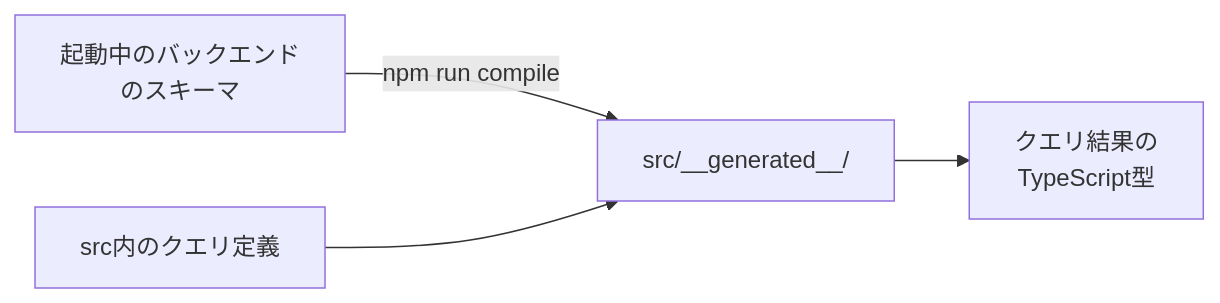
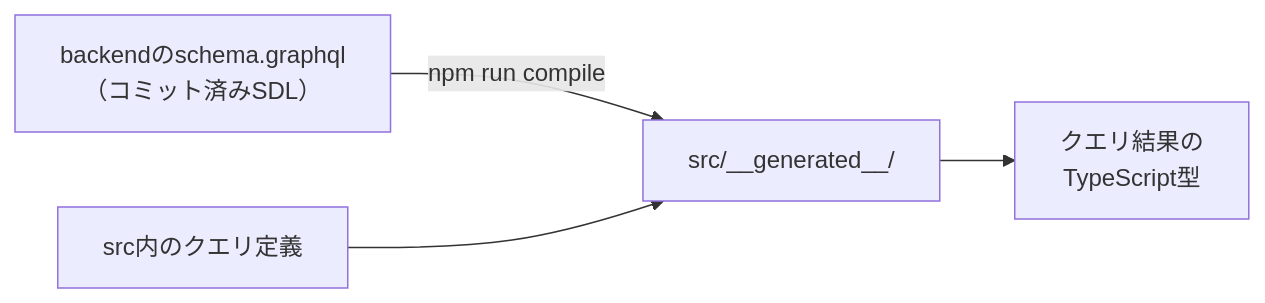
The second of 2 diagrams in docs/guide/06_frontend.md (shin4488/financial-statement), drawn with Mermaid before and after one commit. The commit also changed other lines of this file and 7 other files, not shown here.

````diff
--- a/docs/guide/06_frontend.md
+++ b/docs/guide/06_frontend.md
@@ -132,6 +132,6 @@
 ```mermaid
 flowchart LR
-    Schema["起動中のバックエンド<br>のスキーマ"] -->|npm run compile| Gen["src/__generated__/"]
+    Schema["backendのschema.graphql<br>（コミット済みSDL）"] -->|npm run compile| Gen["src/__generated__/"]
     Query["src内のクエリ定義"] --> Gen
     Gen --> Type["クエリ結果の<br>TypeScript型"]
 ```
````
